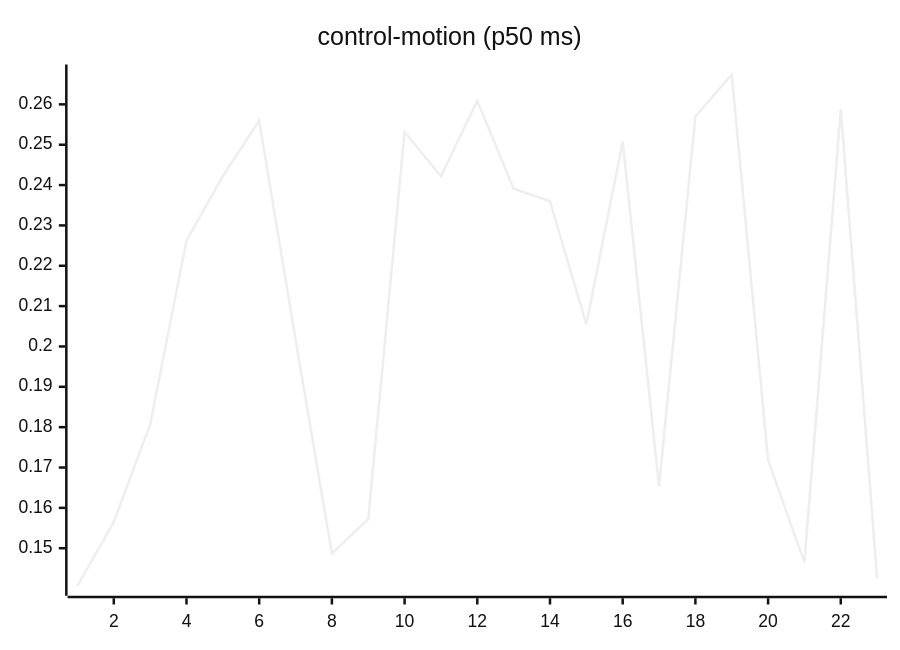
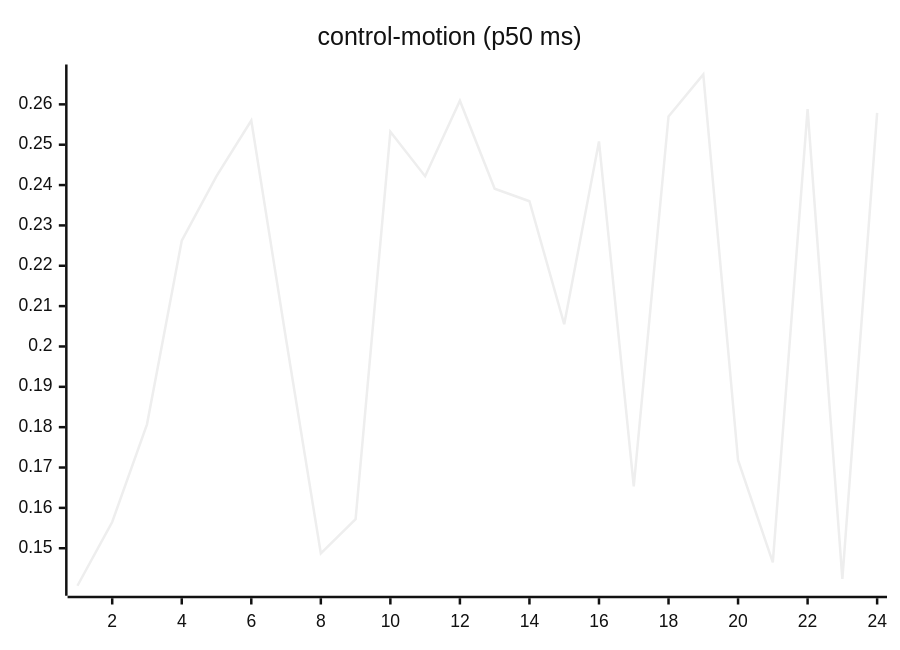
One commit to josha/Facet changed the seventh of 27 diagrams in README.md. Above: the diagram before and after it, drawn with Mermaid (neutral theme). The commit also changed other lines of this file and 2 other files, not shown here.

````diff
--- a/README.md
+++ b/README.md
@@ -105,6 +105,6 @@
 ```mermaid
 xychart-beta
     title "control-motion (p50 ms)"
-    x-axis 1 --> 23
-    line [0.1407, 0.1565, 0.1807, 0.2262, 0.2422, 0.2560, 0.2018, 0.1487, 0.1572, 0.2532, 0.2422, 0.2609, 0.2391, 0.2360, 0.2055, 0.2508, 0.1653, 0.2570, 0.2674, 0.1718, 0.1465, 0.2588, 0.1424]
+    x-axis 1 --> 24
+    line [0.1407, 0.1565, 0.1807, 0.2262, 0.2422, 0.2560, 0.2018, 0.1487, 0.1572, 0.2532, 0.2422, 0.2609, 0.2391, 0.2360, 0.2055, 0.2508, 0.1653, 0.2570, 0.2674, 0.1718, 0.1465, 0.2588, 0.1424, 0.2579]
 ```
````
